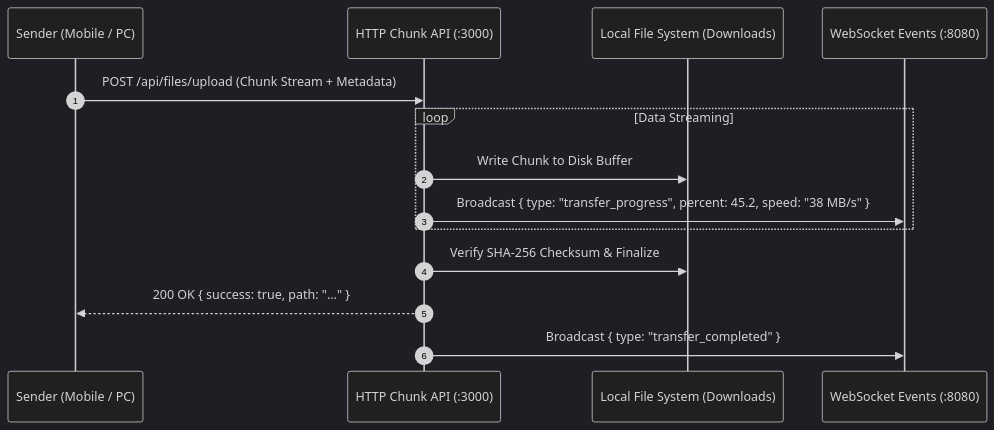
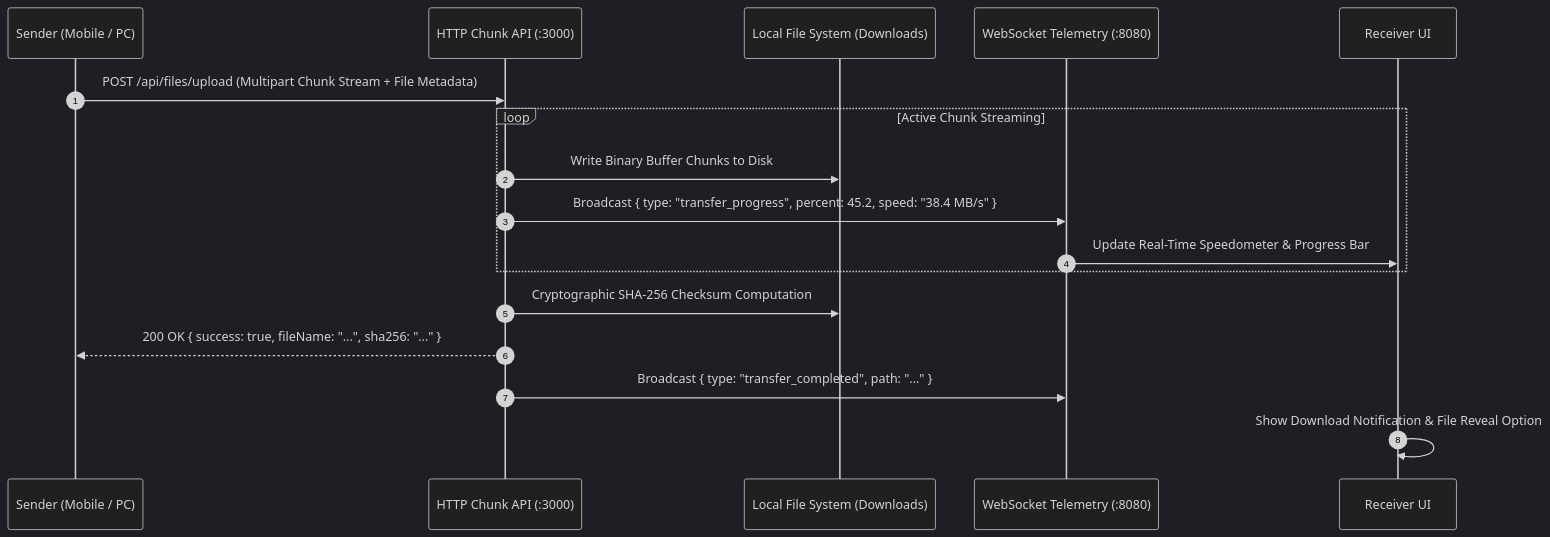
Before and after one commit to baaghinitesh/Nexora-desktop-release: the diagram in docs/file_transfer.md, drawn with Mermaid (dark theme). The commit also changed other lines of this file and 10 other files, not shown here.

````diff
--- a/docs/file_transfer.md
+++ b/docs/file_transfer.md
@@ -11,17 +11,20 @@
 ```mermaid
 sequenceDiagram
     autonumber
-    participant Client as Sender (Mobile / PC)
+    participant Sender as Sender (Mobile / PC)
     participant API as HTTP Chunk API (:3000)
     participant FS as Local File System (Downloads)
-    participant WS as WebSocket Events (:8080)
+    participant WS as WebSocket Telemetry (:8080)
+    participant Receiver as Receiver UI
 
-    Client->>API: POST /api/files/upload (Chunk Stream + Metadata)
-    loop Data Streaming
-        API->>FS: Write Chunk to Disk Buffer
-        API->>WS: Broadcast { type: "transfer_progress", percent: 45.2, speed: "38 MB/s" }
+    Sender->>API: POST /api/files/upload (Multipart Chunk Stream + File Metadata)
+    loop Active Chunk Streaming
+        API->>FS: Write Binary Buffer Chunks to Disk
+        API->>WS: Broadcast { type: "transfer_progress", percent: 45.2, speed: "38.4 MB/s" }
+        WS->>Receiver: Update Real-Time Speedometer & Progress Bar
     end
-    API->>FS: Verify SHA-256 Checksum & Finalize
-    API-->>Client: 200 OK { success: true, path: "..." }
-    API->>WS: Broadcast { type: "transfer_completed" }
+    API->>FS: Cryptographic SHA-256 Checksum Computation
+    API-->>Sender: 200 OK { success: true, fileName: "...", sha256: "..." }
+    API->>WS: Broadcast { type: "transfer_completed", path: "..." }
+    Receiver->>Receiver: Show Download Notification & File Reveal Option
 ```
````
